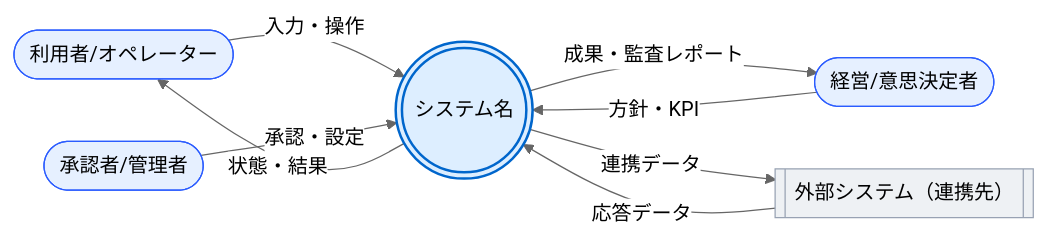
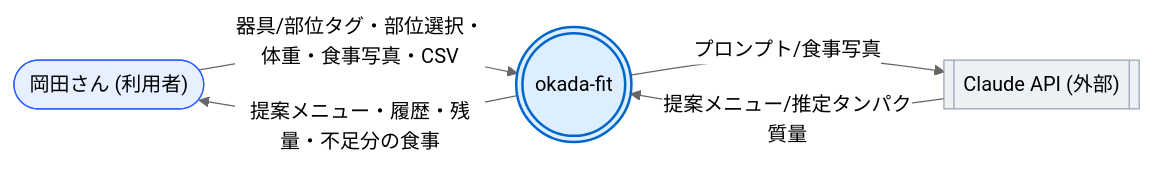
One commit to k-okada51/okada-fit changed the first of 2 diagrams in docs/02_設計/10_システム基本設計/03_データフロー.md. Above: the diagram before and after it, drawn with Mermaid (neutral theme). The commit also changed other lines of this file and 6 other files, not shown here.

````diff
--- a/docs/02_設計/10_システム基本設計/03_データフロー.md
+++ b/docs/02_設計/10_システム基本設計/03_データフロー.md
@@ -30,22 +30,16 @@
 ```mermaid
 flowchart LR
   classDef biz fill:#e6f0ff,stroke:#2b5cff;
   classDef ext fill:#eef1f4,stroke:#98a2b3;
   classDef proc fill:#def,stroke:#06c,stroke-width:2px;
 
-  USER([利用者/オペレーター]):::biz
-  APPROVER([承認者/管理者]):::biz
-  MGMT([経営/意思決定者]):::biz
-  EXTSYS[[外部システム（連携先）]]:::ext
+  USER(["岡田さん (利用者)"]):::biz
+  CLAUDE[["Claude API (外部)"]]:::ext
 
-  P0((( システム名 ))):::proc
+  P0((( okada-fit ))):::proc
 
-  %% ここに記載（アクターとの主要データフローを追記）
-  USER -->|入力・操作| P0
-  P0 -->|状態・結果| USER
-  APPROVER -->|承認・設定| P0
-  MGMT -->|方針・KPI| P0
-  P0 -->|成果・監査レポート| MGMT
-  P0 -->|連携データ| EXTSYS
-  EXTSYS -->|応答データ| P0
+  USER -->|器具/部位タグ・部位選択・体重・食事写真・CSV| P0
+  P0 -->|提案メニュー・履歴・残量・不足分の食事| USER
+  P0 -->|プロンプト/食事写真| CLAUDE
+  CLAUDE -->|提案メニュー/推定タンパク質量| P0
 ```
````
